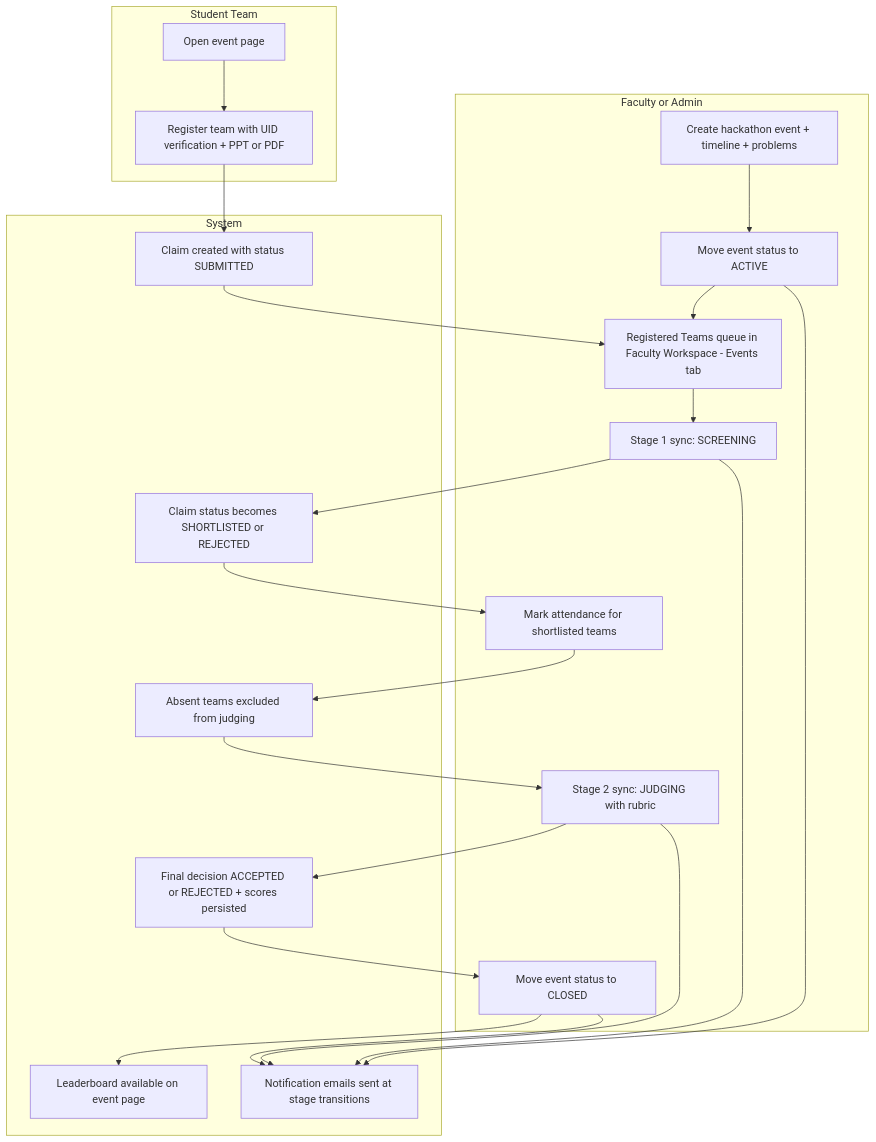
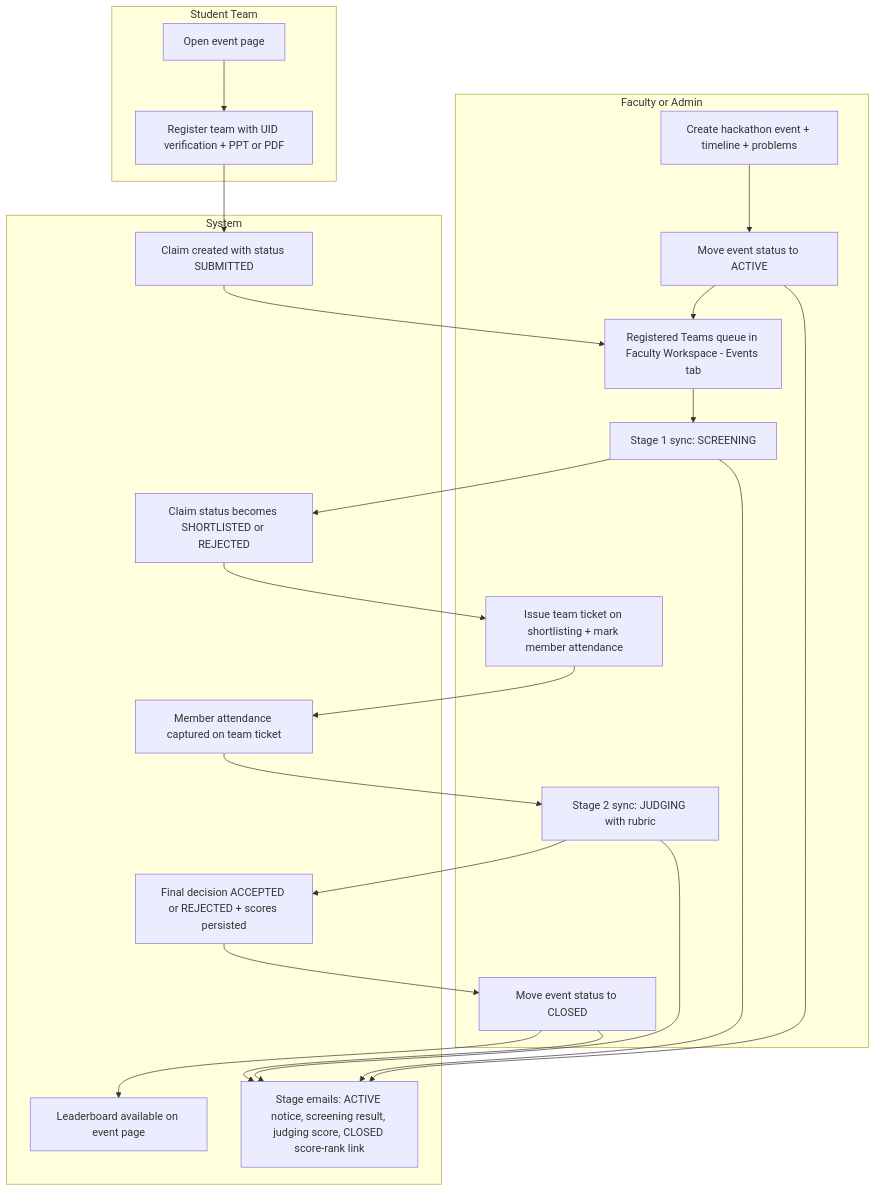
One commit to Newer1107/CoE-Main changed the seventh of 36 diagrams in README.md. Above: the diagram before and after it, drawn with Mermaid. The commit also changed other lines of this file, not shown here.

Commit message:
feat: Update README to reflect enhancements in hackathon ticketing and attendance tracking

````diff
--- a/README.md
+++ b/README.md
@@ -353,44 +355,44 @@
 ```mermaid
 flowchart TD
   subgraph FAC[Faculty or Admin]
     HC1[Create hackathon event + timeline + problems]
     HC2[Move event status to ACTIVE]
     HC3[Registered Teams queue in Faculty Workspace - Events tab]
     HC4[Stage 1 sync: SCREENING]
-    HC5[Mark attendance for shortlisted teams]
+    HC5[Issue team ticket on shortlisting + mark member attendance]
     HC6[Stage 2 sync: JUDGING with rubric]
     HC7[Move event status to CLOSED]
   end
 
   subgraph STU[Student Team]
     HS1[Open event page]
     HS2[Register team with UID verification + PPT or PDF]
   end
 
   subgraph SYS[System]
     HY1[Claim created with status SUBMITTED]
     HY2[Claim status becomes SHORTLISTED or REJECTED]
-    HY3[Absent teams excluded from judging]
+    HY3[Member attendance captured on team ticket]
     HY4[Final decision ACCEPTED or REJECTED + scores persisted]
     HY5[Leaderboard available on event page]
-    HY6[Notification emails sent at stage transitions]
+    HY6[Stage emails: ACTIVE notice, screening result, judging score, CLOSED score-rank link]
   end
 
   HC1 --> HC2
   HS1 --> HS2
   HS2 --> HY1
   HC2 --> HC3
   HY1 --> HC3
   HC3 --> HC4
   HC4 --> HY2
   HY2 --> HC5
   HC5 --> HY3
   HY3 --> HC6
   HC6 --> HY4
   HY4 --> HC7
   HC7 --> HY5
   HC2 --> HY6
   HC4 --> HY6
   HC6 --> HY6
   HC7 --> HY6
 ```
````
